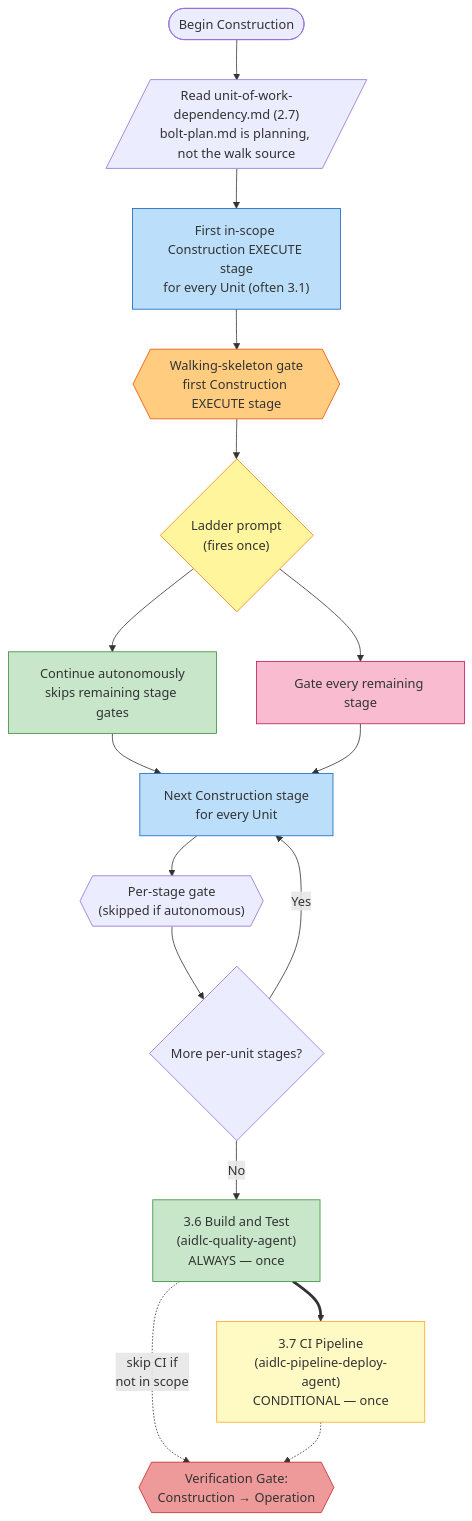
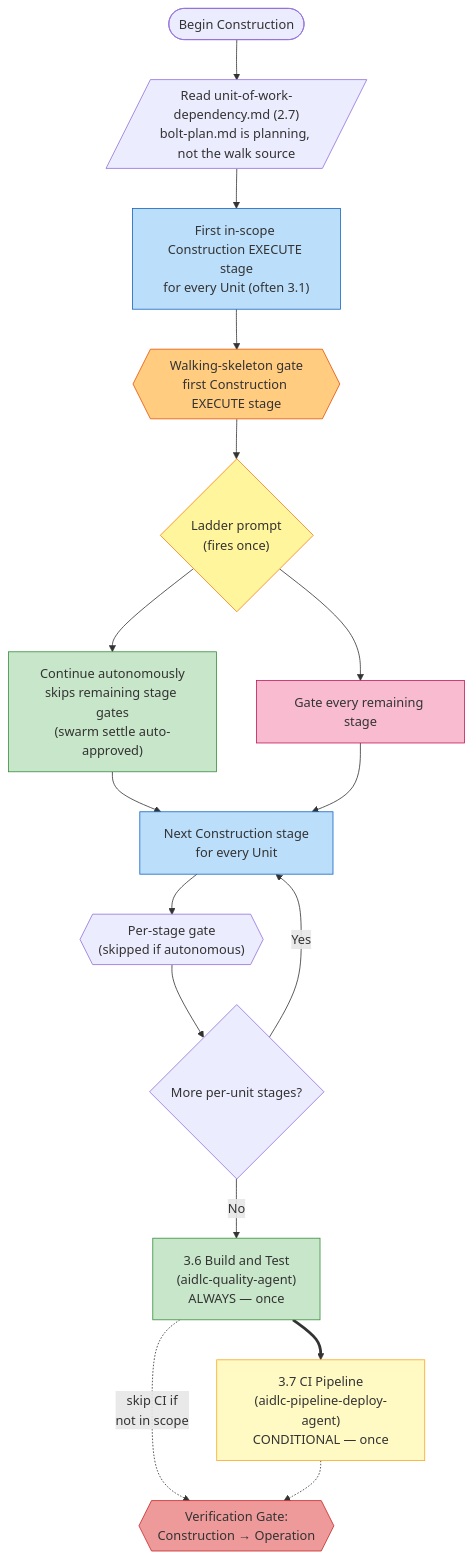
Before and after one commit to awslabs/aidlc-workflows: the fourth of 6 diagrams in docs/guide/04-phases-and-stages.md, drawn with Mermaid. The commit also changed other lines of this file and 23 other files, not shown here.

````diff
--- a/docs/guide/04-phases-and-stages.md
+++ b/docs/guide/04-phases-and-stages.md
@@ -238,43 +238,43 @@
 ```mermaid
 flowchart TD
     START(["Begin Construction"])
     READ[/"Read unit-of-work-dependency.md (2.7)\nbolt-plan.md is planning, not the walk source"/]
 
     STAGE1["First in-scope Construction EXECUTE stage\nfor every Unit (often 3.1)"]
     GATE1{{"Walking-skeleton gate\nfirst Construction EXECUTE stage"}}
 
     LADDER{"Ladder prompt\n(fires once)"}
-    MODE_AUTO["Continue autonomously\nskips remaining stage gates"]
+    MODE_AUTO["Continue autonomously\nskips remaining stage gates\n(swarm settle auto-approved)"]
     MODE_GATED["Gate every remaining stage"]
 
     NEXT["Next Construction stage\nfor every Unit"]
     GATE_N{{"Per-stage gate\n(skipped if autonomous)"}}
     MORE{"More per-unit stages?"}
 
     S36["3.6 Build and Test\n(aidlc-quality-agent)\nALWAYS — once"]
     S37["3.7 CI Pipeline\n(aidlc-pipeline-deploy-agent)\nCONDITIONAL — once"]
     VG3{{"Verification Gate:\nConstruction → Operation"}}
 
     START --> READ --> STAGE1 --> GATE1 --> LADDER
     LADDER --> MODE_AUTO
     LADDER --> MODE_GATED
     MODE_AUTO --> NEXT
     MODE_GATED --> NEXT
     NEXT --> GATE_N
     GATE_N --> MORE
     MORE -->|"Yes"| NEXT
     MORE -->|"No"| S36
     S36 ==> S37
     S36 -.->|"skip CI if\nnot in scope"| VG3
     S37 -.-> VG3
 
     style STAGE1 fill:#bbdefb,stroke:#1565c0
     style GATE1 fill:#ffcc80,stroke:#e65100
     style LADDER fill:#fff59d,stroke:#f57f17
     style MODE_AUTO fill:#c8e6c9,stroke:#388e3c
     style MODE_GATED fill:#f8bbd0,stroke:#c2185b
     style NEXT fill:#bbdefb,stroke:#1565c0
     style S36 fill:#c8e6c9,stroke:#388e3c
     style S37 fill:#fff9c4,stroke:#f9a825
     style VG3 fill:#ef9a9a,stroke:#c62828
 ```
````
